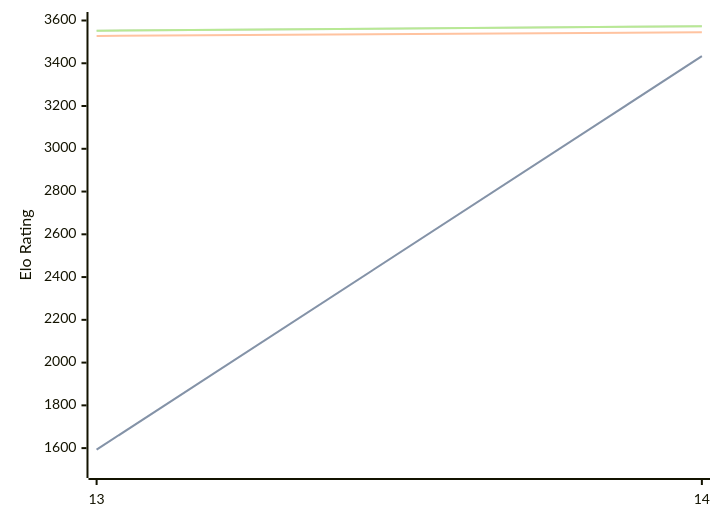
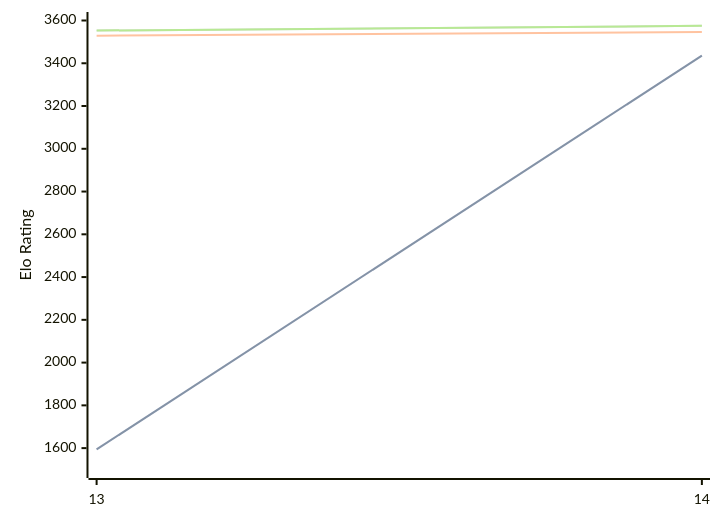
The diagram in engines/Berserk.md (computer-chess-index/cci), drawn with Mermaid before and after one commit. The commit also changed other lines of this file, not shown here.

Commit message:
Update CCI Ratings (ELO VLTC) - 2026-09-01

````diff
--- a/engines/Berserk.md
+++ b/engines/Berserk.md
@@ -33,11 +33,11 @@
 ```mermaid
 %%{init: {"theme":"base","themeVariables":{"seriesColors:['#a3a3a3','#222221','#faa371']}}}%%
 xychart-beta
   x-axis ["13", "14"]
   y-axis "Elo Rating" 1500 --> 3600
-  line "" [1593, 3433]
-  line "STC (8.0+0.08s)" [1593, 3433]
-  line "LTC (60.0+0.60s)" [3528, 3545]
-  line "" [3552, 3573]
-  line "VLTC (2m24s+1.12s)" [3552, 3573]
+  line "" [1594, 3436]
+  line "STC (8.0+0.08s)" [1594, 3436]
+  line "LTC (60.0+0.60s)" [3529, 3546]
+  line "" [3553, 3575]
+  line "VLTC (2m24s+1.12s)" [3553, 3575]
 ```
````
